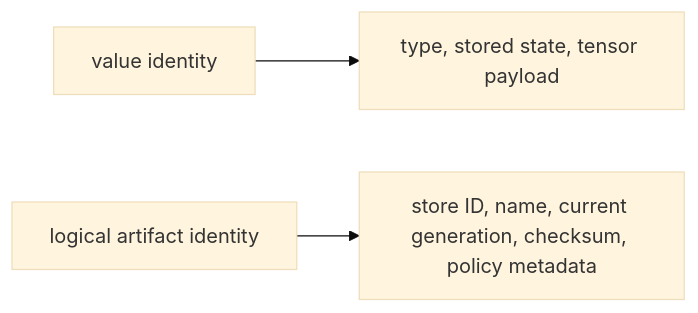
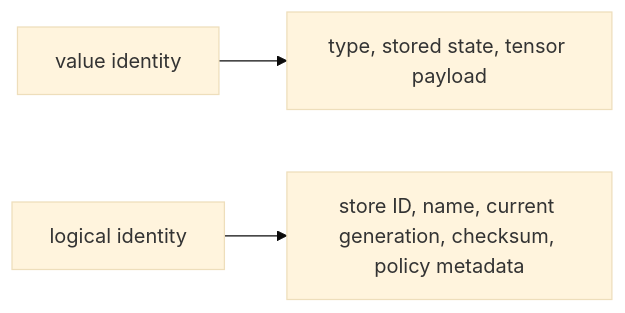
The fourth of 4 diagrams in docs/concepts/execution/serialization-and-artifacts.md (visualDust/fhelium), drawn with Mermaid (base theme) before and after one commit. The commit also changed other lines of this file and 475 other files, not shown here.

````diff
--- a/docs/concepts/execution/serialization-and-artifacts.md
+++ b/docs/concepts/execution/serialization-and-artifacts.md
@@ -124,9 +144,9 @@
 ```mermaid
 flowchart LR
     VALUE_ID["value identity"]
     VALUE_FIELDS["type, stored state, tensor payload"]
-    LOGICAL["logical artifact identity"]
+    LOGICAL["logical identity"]
     LOGICAL_FIELDS["store ID, name, current generation, checksum, policy metadata"]
     VALUE_ID --> VALUE_FIELDS
     LOGICAL --> LOGICAL_FIELDS
 ```
````
